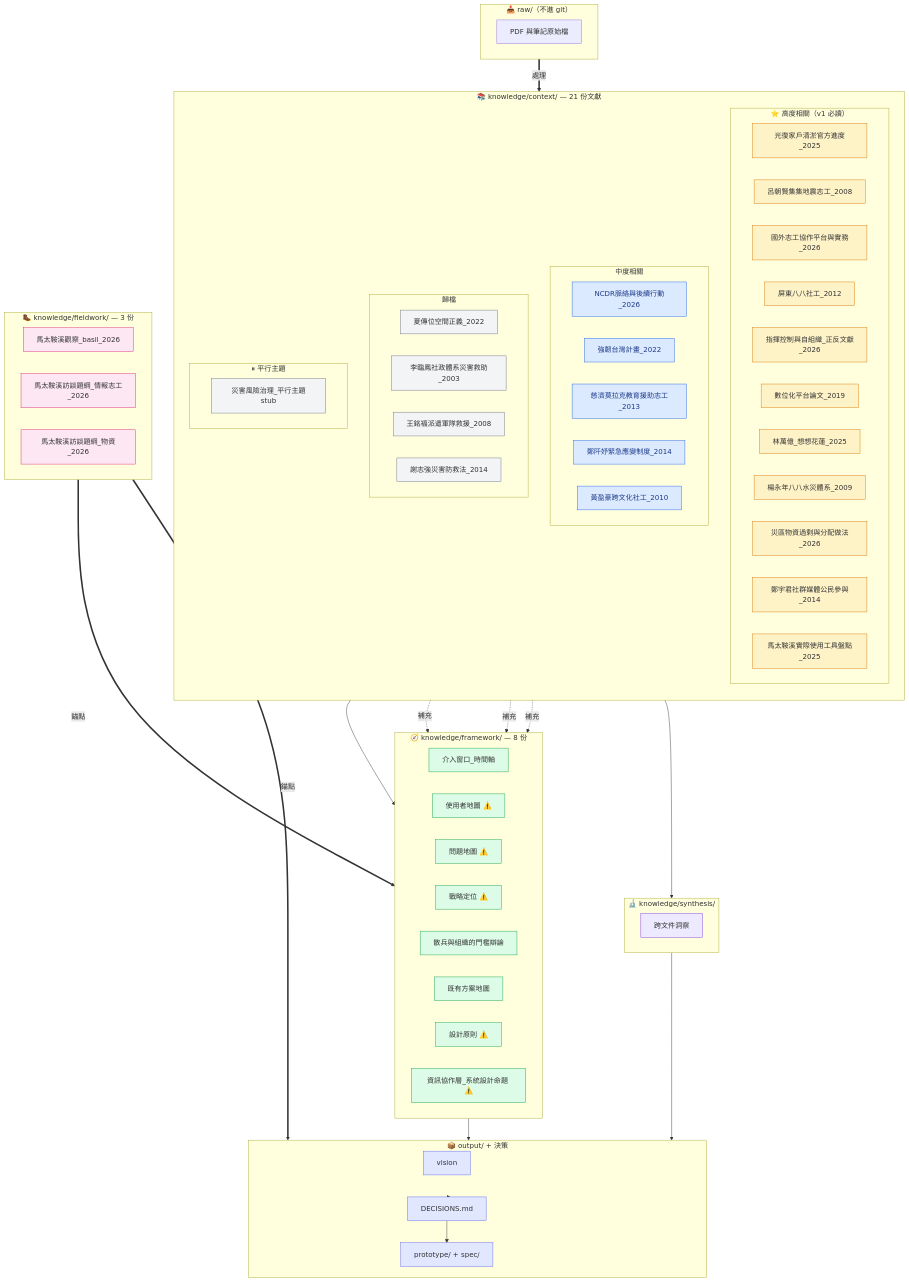
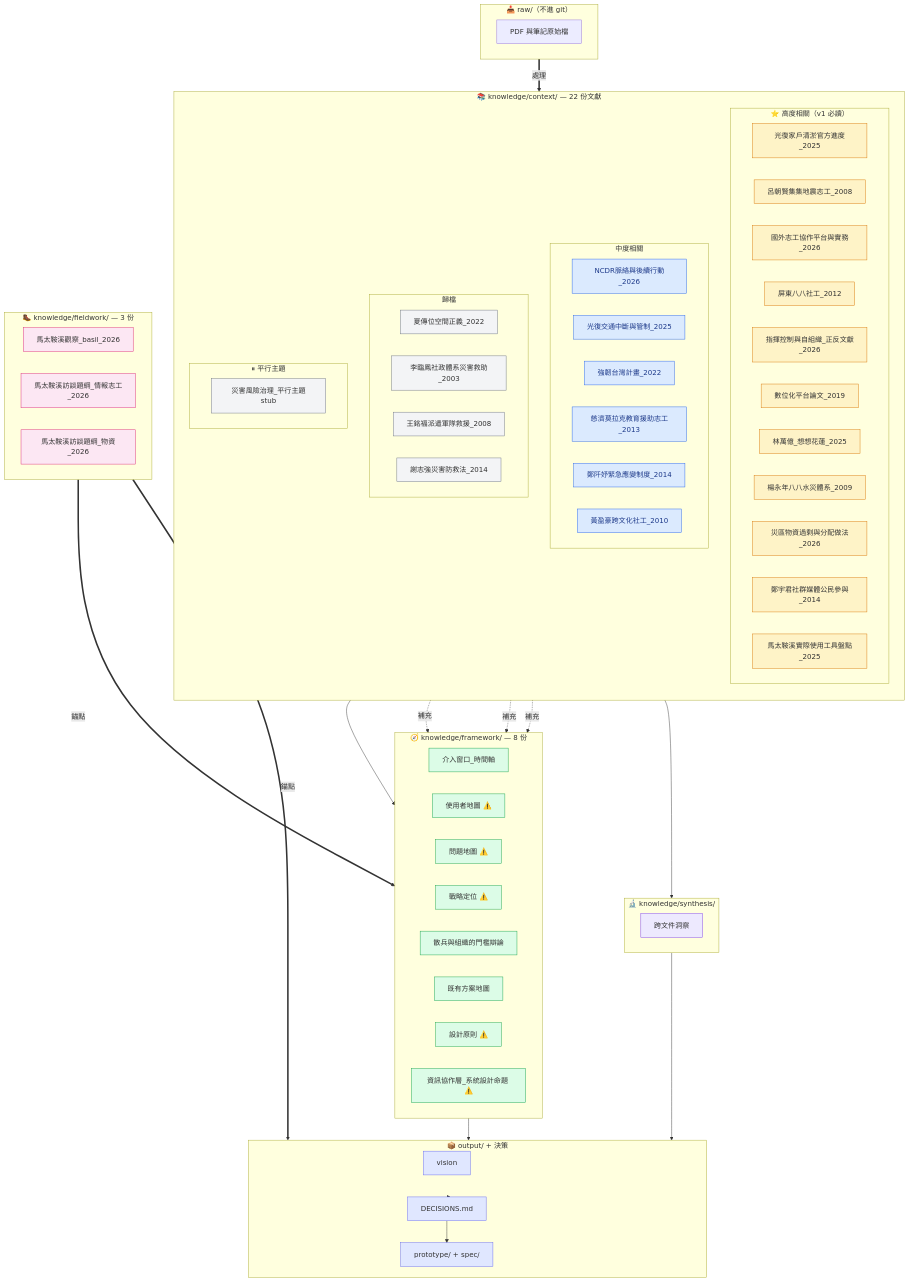
One commit to BasilHsieh/resq-hub changed the third of 8 diagrams in ARCHITECTURE.md. Above: the diagram before and after it, drawn with Mermaid. The commit also changed other lines of this file and 9 other files, not shown here.

````diff
--- a/ARCHITECTURE.md
+++ b/ARCHITECTURE.md
@@ -127,62 +127,63 @@
         RP["PDF 與筆記原始檔"]
     end
 
-    subgraph CTX["📚 knowledge/context/ — 21 份文獻"]
+    subgraph CTX["📚 knowledge/context/ — 22 份文獻"]
         direction TB
         subgraph HIGH["⭐ 高度相關（v1 必讀）"]
-            N2["光復家戶清淤官方進度_2025"]
-            N3["呂朝賢集集地震志工_2008"]
-            N4["國外志工協作平台與實務_2026"]
-            N6["屏東八八社工_2012"]
-            N9["指揮控制與自組織_正反文獻_2026"]
-            N10["數位化平台論文_2019"]
-            N12["林萬億_想想花蓮_2025"]
-            N13["楊永年八八水災體系_2009"]
-            N14["災區物資過剩與分配做法_2026"]
-            N18["鄭宇君社群媒體公民參與_2014"]
-            N20["馬太鞍溪實際使用工具盤點_2025"]
+            N3["光復家戶清淤官方進度_2025"]
+            N4["呂朝賢集集地震志工_2008"]
+            N5["國外志工協作平台與實務_2026"]
+            N7["屏東八八社工_2012"]
+            N10["指揮控制與自組織_正反文獻_2026"]
+            N11["數位化平台論文_2019"]
+            N13["林萬億_想想花蓮_2025"]
+            N14["楊永年八八水災體系_2009"]
+            N15["災區物資過剩與分配做法_2026"]
+            N19["鄭宇君社群媒體公民參與_2014"]
+            N21["馬太鞍溪實際使用工具盤點_2025"]
         end
         subgraph MID["中度相關"]
             N1["NCDR脈絡與後續行動_2026"]
-            N7["強韌台灣計畫_2022"]
-            N8["慈濟莫拉克教育援助志工_2013"]
-            N19["鄭阡妤緊急應變制度_2014"]
-            N21["黃盈豪跨文化社工_2010"]
+            N2["光復交通中斷與管制_2025"]
+            N8["強韌台灣計畫_2022"]
+            N9["慈濟莫拉克教育援助志工_2013"]
+            N20["鄭阡妤緊急應變制度_2014"]
+            N22["黃盈豪跨文化社工_2010"]
         end
         subgraph LOW["歸檔"]
-            N5["夏傳位空間正義_2022"]
-            N11["李臨鳳社政體系災害救助_2003"]
-            N16["王銘福派遣軍隊救援_2008"]
-            N17["謝志強災害防救法_2014"]
+            N6["夏傳位空間正義_2022"]
+            N12["李臨鳳社政體系災害救助_2003"]
+            N17["王銘福派遣軍隊救援_2008"]
+            N18["謝志強災害防救法_2014"]
         end
         subgraph PARK["⏸ 平行主題"]
-            N15["災害風險治理_平行主題stub"]
+            N16["災害風險治理_平行主題stub"]
         end
     end
 
     subgraph FW["🧭 knowledge/framework/ — 8 份"]
-        N25["介入窗口_時間軸"]
-        N26["使用者地圖 ⚠️"]
-        N27["問題地圖 ⚠️"]
-        N28["戰略定位 ⚠️"]
-        N29["散兵與組織的門檻辯論"]
-        N30["既有方案地圖"]
-        N31["設計原則 ⚠️"]
-        N32["資訊協作層_系統設計命題 ⚠️"]
+        N26["介入窗口_時間軸"]
+        N27["使用者地圖 ⚠️"]
+        N28["問題地圖 ⚠️"]
+        N29["戰略定位 ⚠️"]
+        N30["散兵與組織的門檻辯論"]
+        N31["既有方案地圖"]
+        N32["設計原則 ⚠️"]
+        N33["資訊協作層_系統設計命題 ⚠️"]
     end
 
     subgraph FLD["🥾 knowledge/fieldwork/ — 3 份"]
-        N22["馬太鞍溪觀察_basil_2026"]
-        N23["馬太鞍溪訪談題綱_情報志工_2026"]
-        N24["馬太鞍溪訪談題綱_物資_2026"]
+        N23["馬太鞍溪觀察_basil_2026"]
+        N24["馬太鞍溪訪談題綱_情報志工_2026"]
+        N25["馬太鞍溪訪談題綱_物資_2026"]
     end
 
     subgraph SYN["🔬 knowledge/synthesis/"]
-        N33["跨文件洞察"]
+        N34["跨文件洞察"]
     end
 
     subgraph OUT["📦 output/ + 決策"]
-        N38["vision"]
+        N39["vision"]
         PRD["prototype/ + spec/"]
         DEC["DECISIONS.md"]
     end
@@ -207,53 +208,54 @@
     classDef fld fill:#fce7f3,stroke:#db2777
     classDef syn fill:#ede9fe,stroke:#7c3aed
     classDef out fill:#e0e7ff,stroke:#6366f1
-    class N25,N26,N27,N28,N29,N30,N31,N32 fw
-    class N22,N23,N24 fld
-    class N33 syn
-    class N38 out
+    class N26,N27,N28,N29,N30,N31,N32,N33 fw
+    class N23,N24,N25 fld
+    class N34 syn
+    class N39 out
     class PRD,DEC out
-    class N2,N3,N4,N6,N9,N10,N12,N13,N14,N18,N20 high
-    class N1,N7,N8,N19,N21 mid
-    class N5,N11,N16,N17 low
-    class N15 low
+    class N3,N4,N5,N7,N10,N11,N13,N14,N15,N19,N21 high
+    class N1,N2,N8,N9,N20,N22 mid
+    class N6,N12,N17,N18 low
+    class N16 low
 
     click N1 "knowledge/context/NCDR脈絡與後續行動_2026.md" "開啟原檔"
-    click N2 "knowledge/context/光復家戶清淤官方進度_2025.md" "開啟原檔"
-    click N3 "knowledge/context/呂朝賢集集地震志工_2008.md" "開啟原檔"
-    click N4 "knowledge/context/國外志工協作平台與實務_2026.md" "開啟原檔"
-    click N5 "knowledge/context/夏傳位空間正義_2022.md" "開啟原檔"
-    click N6 "knowledge/context/屏東八八社工_2012.md" "開啟原檔"
-    click N7 "knowledge/context/強韌台灣計畫_2022.md" "開啟原檔"
-    click N8 "knowledge/context/慈濟莫拉克教育援助志工_2013.md" "開啟原檔"
-    click N9 "knowledge/context/指揮控制與自組織_正反文獻_2026.md" "開啟原檔"
-    click N10 "knowledge/context/數位化平台論文_2019.md" "開啟原檔"
-    click N11 "knowledge/context/李臨鳳社政體系災害救助_2003.md" "開啟原檔"
-    click N12 "knowledge/context/林萬億_想想花蓮_2025.md" "開啟原檔"
-    click N13 "knowledge/context/楊永年八八水災體系_2009.md" "開啟原檔"
-    click N14 "knowledge/context/災區物資過剩與分配做法_2026.md" "開啟原檔"
-    click N15 "knowledge/context/災害風險治理_平行主題stub.md" "開啟原檔"
-    click N16 "knowledge/context/王銘福派遣軍隊救援_2008.md" "開啟原檔"
-    click N17 "knowledge/context/謝志強災害防救法_2014.md" "開啟原檔"
-    click N18 "knowledge/context/鄭宇君社群媒體公民參與_2014.md" "開啟原檔"
-    click N19 "knowledge/context/鄭阡妤緊急應變制度_2014.md" "開啟原檔"
-    click N20 "knowledge/context/馬太鞍溪實際使用工具盤點_2025.md" "開啟原檔"
-    click N21 "knowledge/context/黃盈豪跨文化社工_2010.md" "開啟原檔"
-    click N22 "knowledge/fieldwork/馬太鞍溪觀察_basil_2026.md" "開啟原檔"
-    click N23 "knowledge/fieldwork/馬太鞍溪訪談題綱_情報志工_2026.md" "開啟原檔"
-    click N24 "knowledge/fieldwork/馬太鞍溪訪談題綱_物資_2026.md" "開啟原檔"
-    click N25 "knowledge/framework/介入窗口_時間軸.md" "開啟原檔"
-    click N26 "knowledge/framework/使用者地圖.md" "開啟原檔"
-    click N27 "knowledge/framework/問題地圖.md" "開啟原檔"
-    click N28 "knowledge/framework/戰略定位.md" "開啟原檔"
-    click N29 "knowledge/framework/散兵與組織的門檻辯論.md" "開啟原檔"
-    click N30 "knowledge/framework/既有方案地圖.md" "開啟原檔"
-    click N31 "knowledge/framework/設計原則.md" "開啟原檔"
-    click N32 "knowledge/framework/資訊協作層_系統設計命題.md" "開啟原檔"
-    click N33 "knowledge/synthesis/跨文件洞察.md" "開啟原檔"
-    click N34 "knowledge/文獻處理進度.md" "開啟原檔"
-    click N35 "output/spec/角色輪廓.md" "開啟原檔"
-    click N36 "output/spec/設計系統.md" "開啟原檔"
-    click N37 "output/spec/資料模型與狀態機.md" "開啟原檔"
-    click N38 "output/vision.md" "開啟原檔"
+    click N2 "knowledge/context/光復交通中斷與管制_2025.md" "開啟原檔"
+    click N3 "knowledge/context/光復家戶清淤官方進度_2025.md" "開啟原檔"
+    click N4 "knowledge/context/呂朝賢集集地震志工_2008.md" "開啟原檔"
+    click N5 "knowledge/context/國外志工協作平台與實務_2026.md" "開啟原檔"
+    click N6 "knowledge/context/夏傳位空間正義_2022.md" "開啟原檔"
+    click N7 "knowledge/context/屏東八八社工_2012.md" "開啟原檔"
+    click N8 "knowledge/context/強韌台灣計畫_2022.md" "開啟原檔"
+    click N9 "knowledge/context/慈濟莫拉克教育援助志工_2013.md" "開啟原檔"
+    click N10 "knowledge/context/指揮控制與自組織_正反文獻_2026.md" "開啟原檔"
+    click N11 "knowledge/context/數位化平台論文_2019.md" "開啟原檔"
+    click N12 "knowledge/context/李臨鳳社政體系災害救助_2003.md" "開啟原檔"
+    click N13 "knowledge/context/林萬億_想想花蓮_2025.md" "開啟原檔"
+    click N14 "knowledge/context/楊永年八八水災體系_2009.md" "開啟原檔"
+    click N15 "knowledge/context/災區物資過剩與分配做法_2026.md" "開啟原檔"
+    click N16 "knowledge/context/災害風險治理_平行主題stub.md" "開啟原檔"
+    click N17 "knowledge/context/王銘福派遣軍隊救援_2008.md" "開啟原檔"
+    click N18 "knowledge/context/謝志強災害防救法_2014.md" "開啟原檔"
+    click N19 "knowledge/context/鄭宇君社群媒體公民參與_2014.md" "開啟原檔"
+    click N20 "knowledge/context/鄭阡妤緊急應變制度_2014.md" "開啟原檔"
+    click N21 "knowledge/context/馬太鞍溪實際使用工具盤點_2025.md" "開啟原檔"
+    click N22 "knowledge/context/黃盈豪跨文化社工_2010.md" "開啟原檔"
+    click N23 "knowledge/fieldwork/馬太鞍溪觀察_basil_2026.md" "開啟原檔"
+    click N24 "knowledge/fieldwork/馬太鞍溪訪談題綱_情報志工_2026.md" "開啟原檔"
+    click N25 "knowledge/fieldwork/馬太鞍溪訪談題綱_物資_2026.md" "開啟原檔"
+    click N26 "knowledge/framework/介入窗口_時間軸.md" "開啟原檔"
+    click N27 "knowledge/framework/使用者地圖.md" "開啟原檔"
+    click N28 "knowledge/framework/問題地圖.md" "開啟原檔"
+    click N29 "knowledge/framework/戰略定位.md" "開啟原檔"
+    click N30 "knowledge/framework/散兵與組織的門檻辯論.md" "開啟原檔"
+    click N31 "knowledge/framework/既有方案地圖.md" "開啟原檔"
+    click N32 "knowledge/framework/設計原則.md" "開啟原檔"
+    click N33 "knowledge/framework/資訊協作層_系統設計命題.md" "開啟原檔"
+    click N34 "knowledge/synthesis/跨文件洞察.md" "開啟原檔"
+    click N35 "knowledge/文獻處理進度.md" "開啟原檔"
+    click N36 "output/spec/角色輪廓.md" "開啟原檔"
+    click N37 "output/spec/設計系統.md" "開啟原檔"
+    click N38 "output/spec/資料模型與狀態機.md" "開啟原檔"
+    click N39 "output/vision.md" "開啟原檔"
     click DEC "DECISIONS.md" "開啟原檔"
 ```
````
